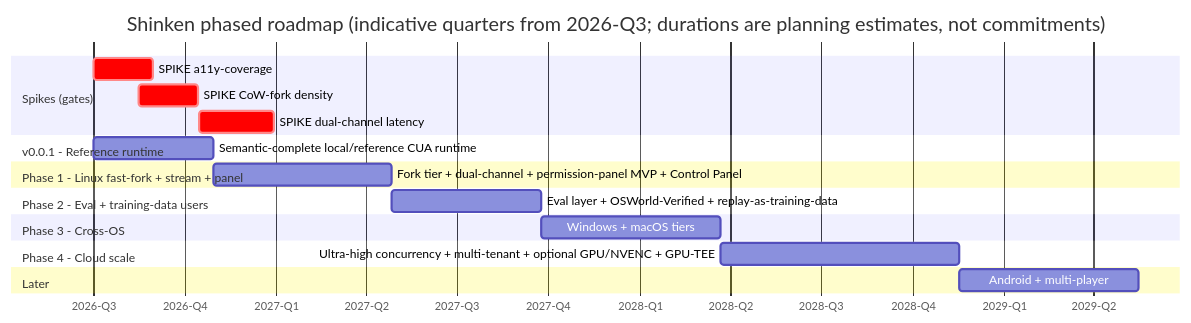
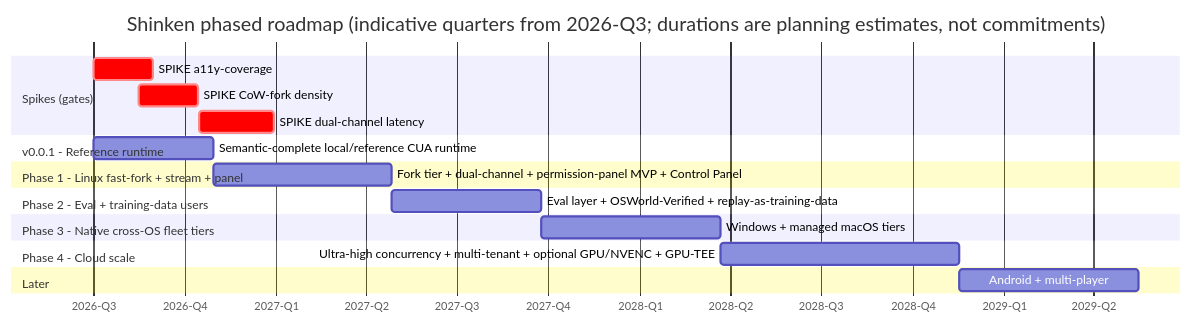
The diagram in docs/engineering/roadmap.md (Meirtz/Shinken), drawn with Mermaid before and after one commit. The commit also changed other lines of this file and 19 other files, not shown here.

````diff
--- a/docs/engineering/roadmap.md
+++ b/docs/engineering/roadmap.md
@@ -60,29 +59,29 @@
 ```mermaid
 gantt
     title Shinken phased roadmap (indicative quarters from 2026-Q3; durations are planning estimates, not commitments)
     dateFormat  YYYY-MM-DD
     axisFormat  %Y-Q%q
 
     section Spikes (gates)
     SPIKE a11y-coverage            :crit, sp1, 2026-07-01, 60d
     SPIKE CoW-fork density         :crit, sp2, 2026-08-15, 60d
     SPIKE dual-channel latency     :crit, sp3, 2026-10-15, 75d
 
     section v0.0.1 - Reference runtime
     Semantic-complete local/reference CUA runtime :p0, 2026-07-01, 120d
 
     section Phase 1 - Linux fast-fork + stream + panel
     Fork tier + dual-channel + permission-panel MVP + Control Panel :p1, after p0, 180d
 
     section Phase 2 - Eval + training-data users
     Eval layer + OSWorld-Verified + replay-as-training-data :p2, after p1, 150d
 
-    section Phase 3 - Cross-OS
-    Windows + macOS tiers          :p3, after p2, 180d
+    section Phase 3 - Native cross-OS fleet tiers
+    Windows + managed macOS tiers  :p3, after p2, 180d
 
     section Phase 4 - Cloud scale
     Ultra-high concurrency + multi-tenant + optional GPU/NVENC + GPU-TEE :p4, after p3, 240d
 
     section Later
     Android + multi-player         :p5, after p4, 180d
 ```
````
